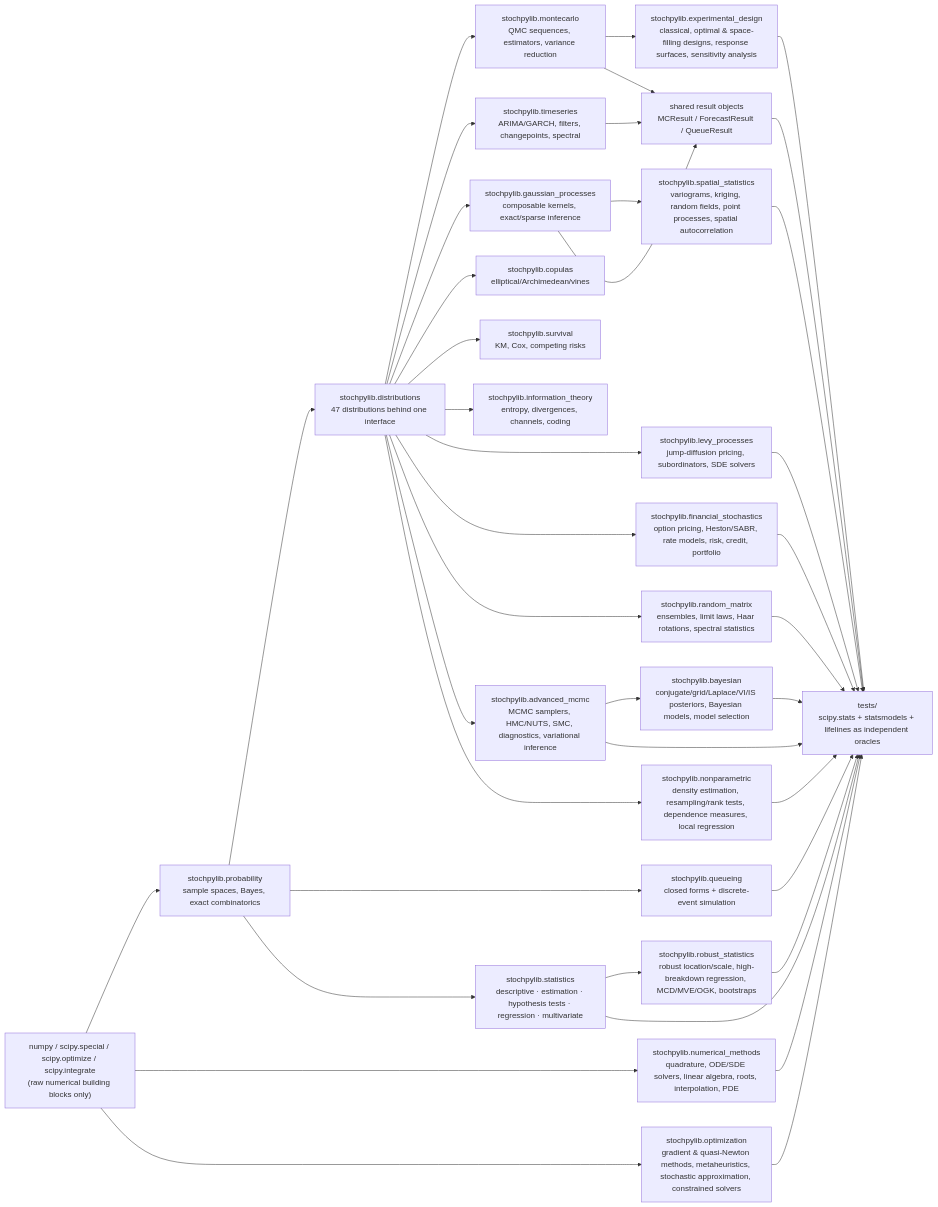
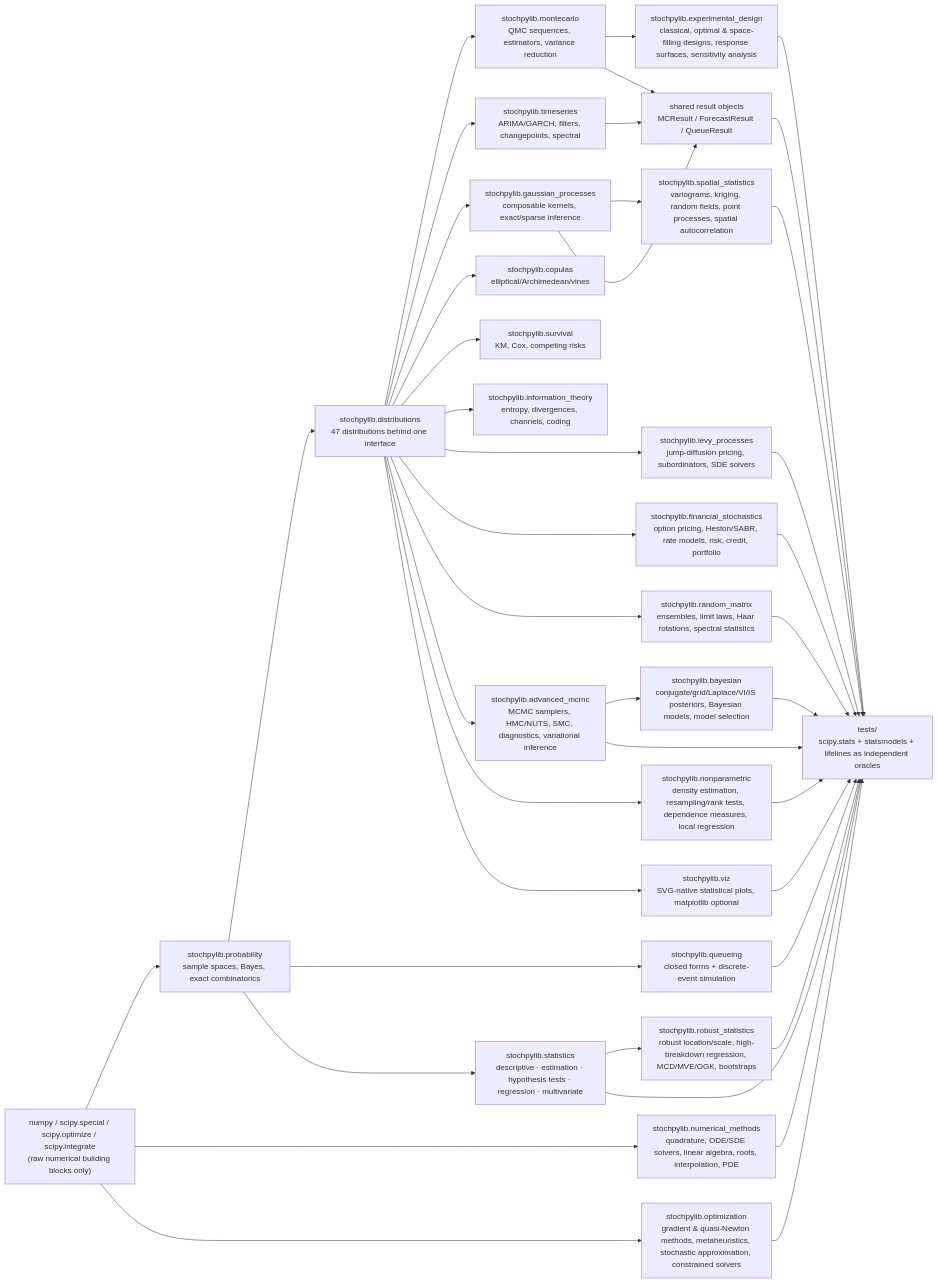
The first of 2 diagrams in README.md (leon1706-lol/Stochpylib), drawn with Mermaid before and after one commit. The commit also changed other lines of this file and 41 other files, not shown here.

````diff
--- a/README.md
+++ b/README.md
@@ -303,41 +319,43 @@
 ```mermaid
 flowchart LR
     A["numpy / scipy.special / scipy.optimize / scipy.integrate<br/>(raw numerical building blocks only)"] --> B["stochpylib.probability<br/>sample spaces, Bayes, exact combinatorics"]
     B --> C["stochpylib.distributions<br/>47 distributions behind one interface"]
     C --> D["stochpylib.montecarlo<br/>QMC sequences, estimators, variance reduction"]
     C --> E["stochpylib.timeseries<br/>ARIMA/GARCH, filters, changepoints, spectral"]
     C --> F["stochpylib.gaussian_processes<br/>composable kernels, exact/sparse inference"]
     C --> G["stochpylib.copulas<br/>elliptical/Archimedean/vines"]
     C --> H["stochpylib.survival<br/>KM, Cox, competing risks"]
     B --> I["stochpylib.queueing<br/>closed forms + discrete-event simulation"]
     C --> J["stochpylib.information_theory<br/>entropy, divergences, channels, coding"]
     C --> M["stochpylib.levy_processes<br/>jump-diffusion pricing, subordinators, SDE solvers"]
     C --> N["stochpylib.financial_stochastics<br/>option pricing, Heston/SABR, rate models, risk, credit, portfolio"]
     B --> O["stochpylib.statistics<br/>descriptive · estimation · hypothesis tests · regression · multivariate"]
     C --> P["stochpylib.random_matrix<br/>ensembles, limit laws, Haar rotations, spectral statistics"]
     C --> Q["stochpylib.advanced_mcmc<br/>MCMC samplers, HMC/NUTS, SMC, diagnostics, variational inference"]
     A --> R["stochpylib.numerical_methods<br/>quadrature, ODE/SDE solvers, linear algebra, roots, interpolation, PDE"]
     Q --> S["stochpylib.bayesian<br/>conjugate/grid/Laplace/VI/IS posteriors, Bayesian models, model selection"]
     O --> T["stochpylib.robust_statistics<br/>robust location/scale, high-breakdown regression, MCD/MVE/OGK, bootstraps"]
     C --> U["stochpylib.nonparametric<br/>density estimation, resampling/rank tests, dependence measures, local regression"]
     A --> V["stochpylib.optimization<br/>gradient & quasi-Newton methods, metaheuristics, stochastic approximation, constrained solvers"]
     D --> W["stochpylib.experimental_design<br/>classical, optimal & space-filling designs, response surfaces, sensitivity analysis"]
     F --> X["stochpylib.spatial_statistics<br/>variograms, kriging, random fields, point processes, spatial autocorrelation"]
+    C --> Y["stochpylib.viz<br/>SVG-native statistical plots, matplotlib optional"]
     D --> K["shared result objects<br/>MCResult / ForecastResult / QueueResult"]
     E --> K
     F --> K
     K --> L["tests/<br/>scipy.stats + statsmodels + lifelines as independent oracles"]
     I --> L
     M --> L
     N --> L
     O --> L
     P --> L
     Q --> L
     R --> L
     S --> L
     T --> L
     U --> L
     V --> L
     W --> L
     X --> L
+    Y --> L
 ```
````
